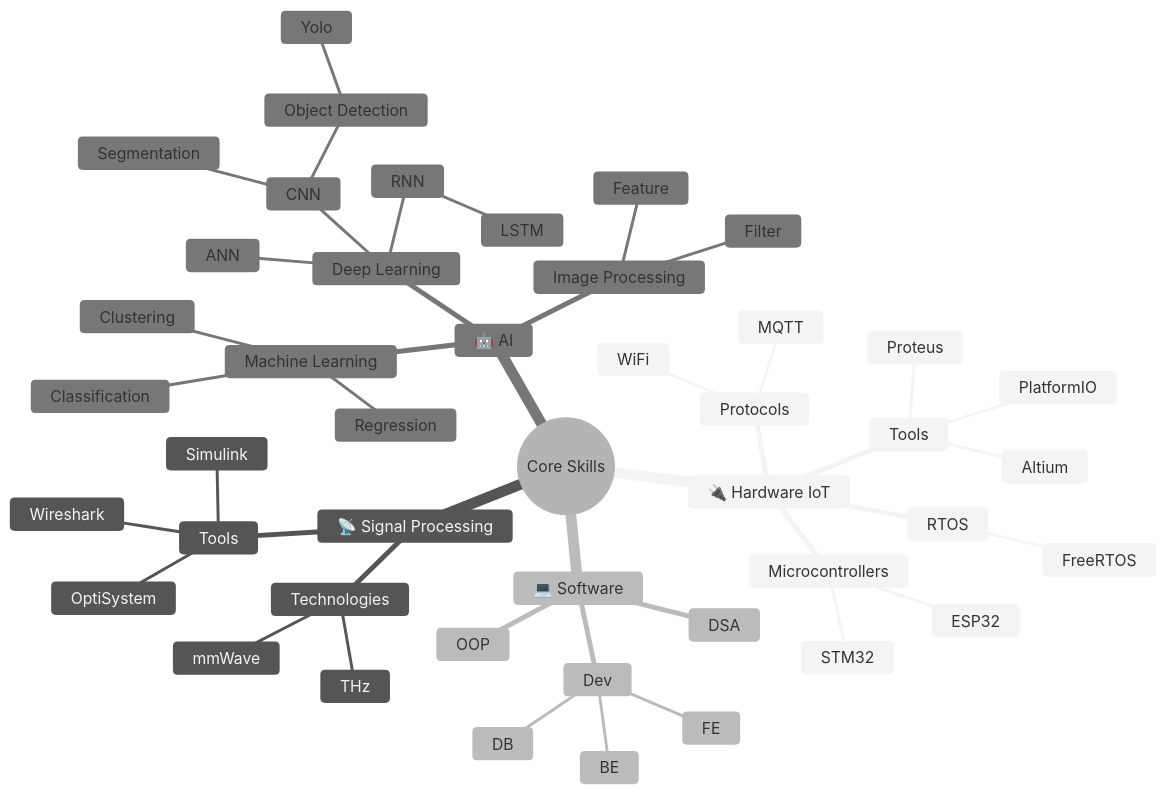
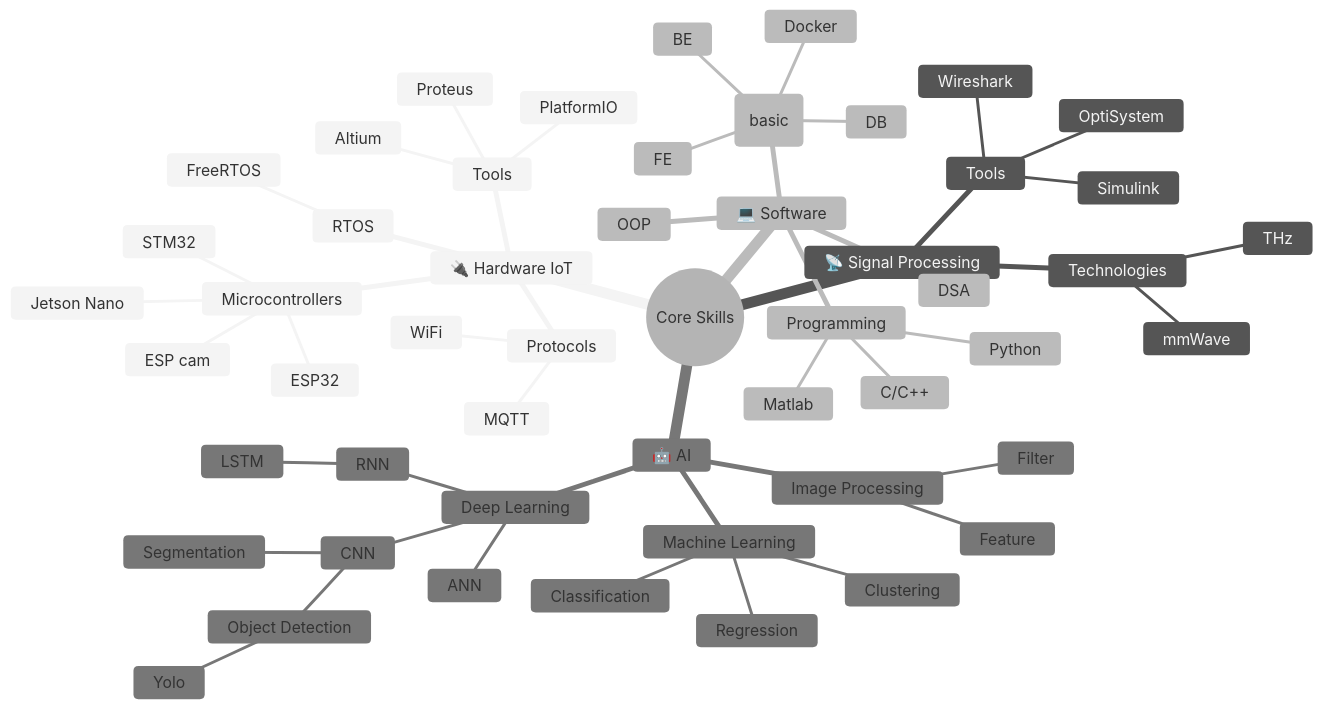
The diagram in README.md (bathanh0309/bathanh0309), drawn with Mermaid (neutral theme) before and after one commit.

````diff
--- a/README.md
+++ b/README.md
@@ -140,48 +140,55 @@
 ```mermaid
 mindmap
   root((Core Skills))
     🔌 Hardware IoT
       Microcontrollers
         ESP32
         STM32
+        ESP cam
+        Jetson Nano
       RTOS
         FreeRTOS
       Protocols
         MQTT
         WiFi
       Tools
         PlatformIO
         Proteus
         Altium
     📡 Signal Processing
       Technologies
         mmWave
         THz
       Tools
         Simulink
         OptiSystem
         Wireshark
     💻 Software
-      Dev
+      Dev (basic)
         FE
         BE
         DB
+        Docker
       OOP
       DSA
+      Programming
+        C/C++
+        Python
+        Matlab
     🤖 AI 
       Machine Learning
         Classification
         Regression
         Clustering
       Deep Learning
         ANN
         CNN
           Segmentation
           Object Detection
             Yolo
         RNN
           LSTM
       Image Processing
         Feature
         Filter
 ```
````
